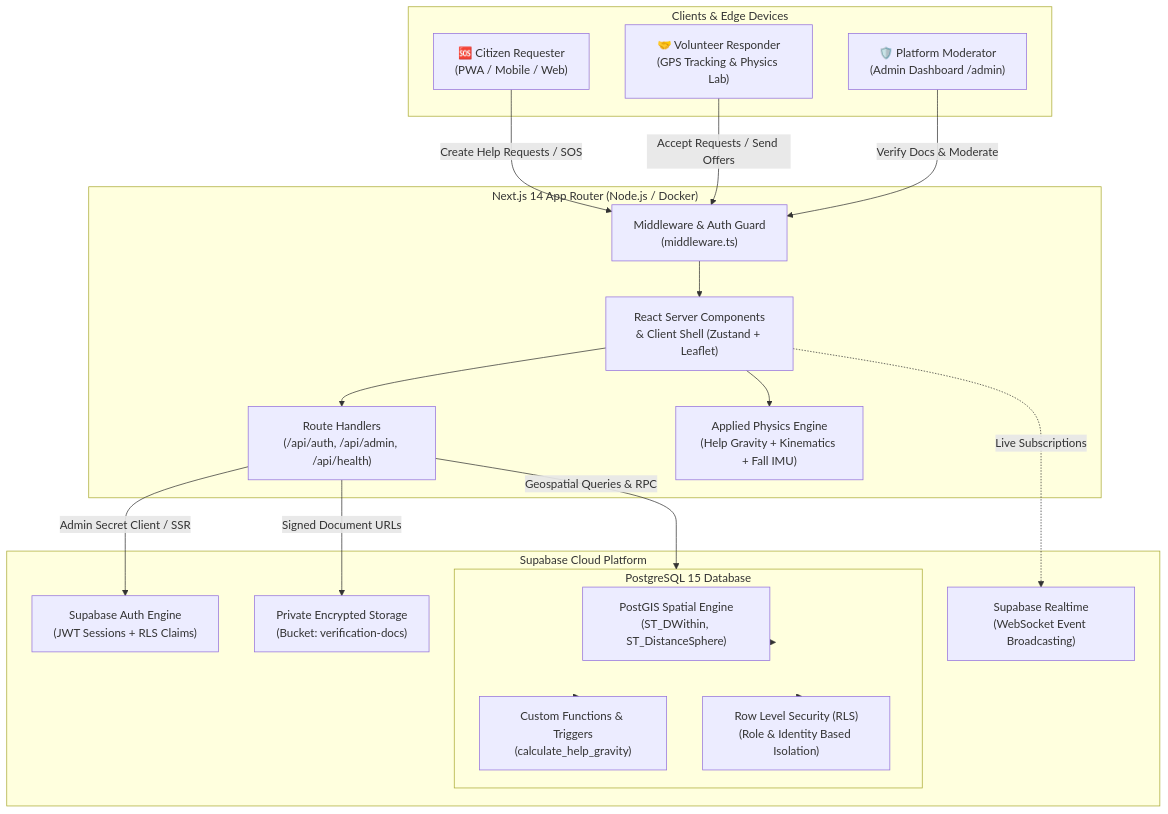
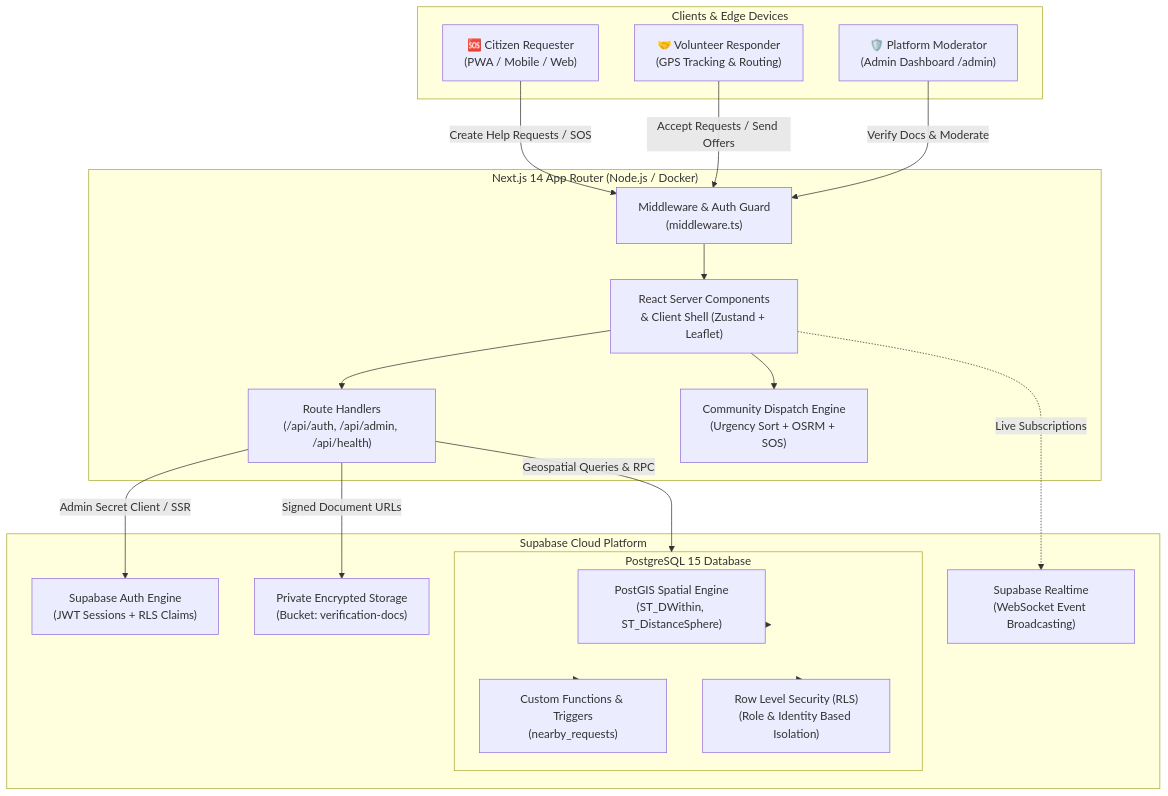
Before and after one commit to krishkumarcodes/KindLink: the diagram in README.md, drawn with Mermaid. The commit also changed other lines of this file and 161 other files, not shown here.

Commit message:
feat(release): v3.0.0 - design, typography, location, clean architecture and language upgrade

````diff
--- a/README.md
+++ b/README.md
@@ -266,50 +189,50 @@
 ```mermaid
 flowchart TD
     subgraph Clients["Clients & Edge Devices"]
         U1["🆘 Citizen Requester\n(PWA / Mobile / Web)"]
-        U2["🤝 Volunteer Responder\n(GPS Tracking & Physics Lab)"]
+        U2["🤝 Volunteer Responder\n(GPS Tracking & Routing)"]
         U3["🛡️ Platform Moderator\n(Admin Dashboard /admin)"]
     end
 
     subgraph NextServer["Next.js 14 App Router (Node.js / Docker)"]
         MW["Middleware & Auth Guard\n(middleware.ts)"]
         API["Route Handlers\n(/api/auth, /api/admin, /api/health)"]
         RSC["React Server Components\n& Client Shell (Zustand + Leaflet)"]
-        PE["Applied Physics Engine\n(Help Gravity + Kinematics + Fall IMU)"]
+        PE["Community Dispatch Engine\n(Urgency Sort + OSRM + SOS)"]
     end
 
     subgraph SupabasePlatform["Supabase Cloud Platform"]
         S_AUTH["Supabase Auth Engine\n(JWT Sessions + RLS Claims)"]
         
         subgraph DB["PostgreSQL 15 Database"]
             PG_GIS["PostGIS Spatial Engine\n(ST_DWithin, ST_DistanceSphere)"]
-            PG_FUNC["Custom Functions & Triggers\n(calculate_help_gravity)"]
+            PG_FUNC["Custom Functions & Triggers\n(nearby_requests)"]
             PG_RLS["Row Level Security (RLS)\n(Role & Identity Based Isolation)"]
         end
         
         S_RT["Supabase Realtime\n(WebSocket Event Broadcasting)"]
         S_STORE["Private Encrypted Storage\n(Bucket: verification-docs)"]
     end
 
     %% Client Interactions
     U1 -->|Create Help Requests / SOS| MW
     U2 -->|Accept Requests / Send Offers| MW
     U3 -->|Verify Docs & Moderate| MW
 
     MW --> RSC
     RSC --> API
     RSC --> PE
 
     %% API and Server to Supabase
     API -->|Admin Secret Client / SSR| S_AUTH
     API -->|Geospatial Queries & RPC| DB
     
     %% Realtime and Storage
     RSC -.->|Live Subscriptions| S_RT
     API -->|Signed Document URLs| S_STORE
 
     %% Internal Database Links
     DB --> PG_GIS
     DB --> PG_FUNC
     DB --> PG_RLS
 ```
````
